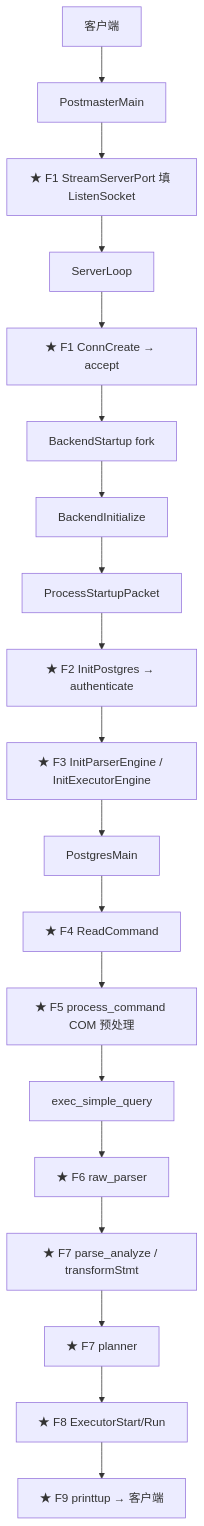
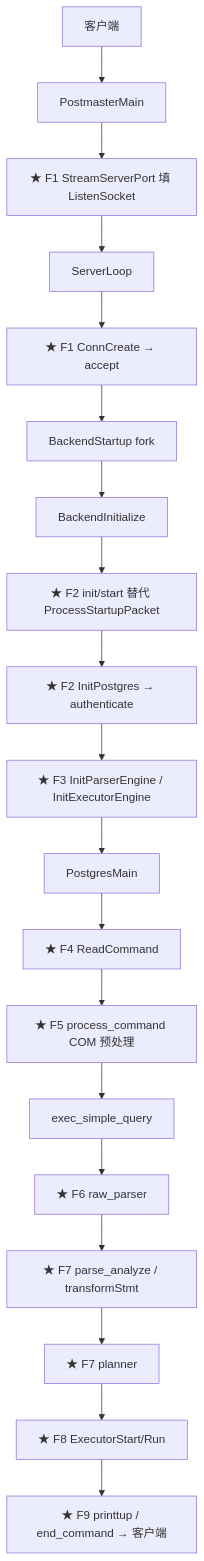
The first of 6 diagrams in database/openhalo/openhalo-mysql-compatibility.md (Meta11ic0/fluffynotes), drawn with Mermaid before and after one commit. The commit also changed other lines of this file and 3 other files, not shown here.

````diff
--- a/database/openhalo/openhalo-mysql-compatibility.md
+++ b/database/openhalo/openhalo-mysql-compatibility.md
@@ -57,21 +66,21 @@
 ```mermaid
 flowchart TB
     C[客户端] --> PM[PostmasterMain]
     PM --> L["★ F1 StreamServerPort 填 ListenSocket"]
     L --> SL[ServerLoop]
     SL --> CC["★ F1 ConnCreate → accept"]
     CC --> BS[BackendStartup fork]
     BS --> BI[BackendInitialize]
-    BI --> PSP[ProcessStartupPacket]
+    BI --> PSP["★ F2 init/start 替代 ProcessStartupPacket"]
     PSP --> IP["★ F2 InitPostgres → authenticate"]
     IP --> ENG["★ F3 InitParserEngine / InitExecutorEngine"]
     ENG --> PMN[PostgresMain]
     PMN --> RC["★ F4 ReadCommand"]
     RC --> PC["★ F5 process_command COM 预处理"]
     PC --> ESQ[exec_simple_query]
     ESQ --> RP["★ F6 raw_parser"]
     RP --> PA["★ F7 parse_analyze / transformStmt"]
     PA --> PL["★ F7 planner"]
     PL --> EX["★ F8 ExecutorStart/Run"]
-    EX --> PT["★ F9 printtup → 客户端"]
+    EX --> PT["★ F9 printtup / end_command → 客户端"]
 ```
````
